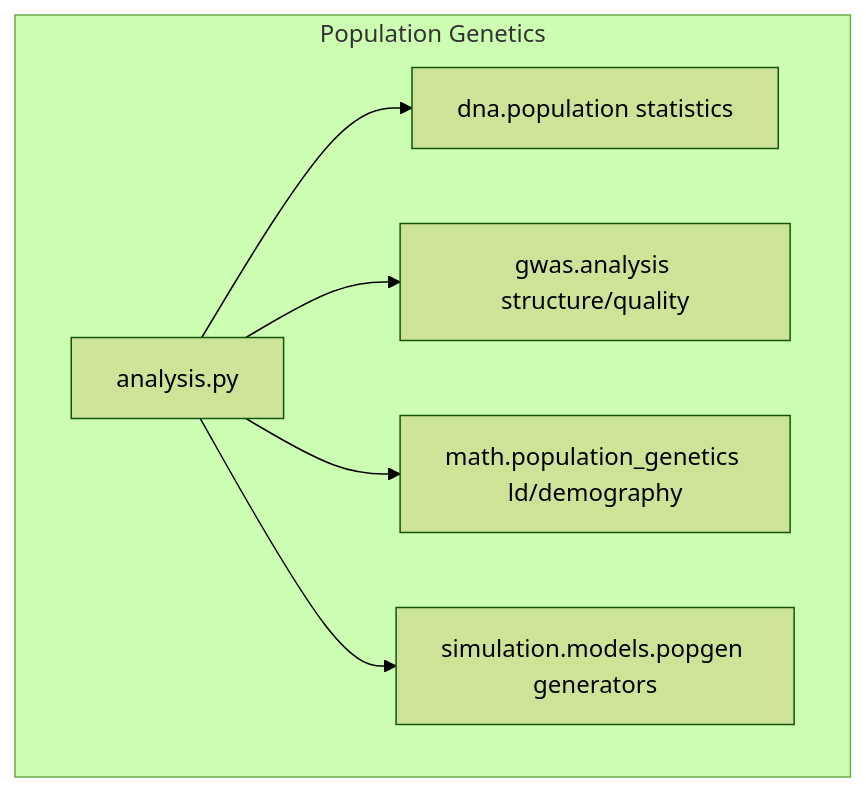
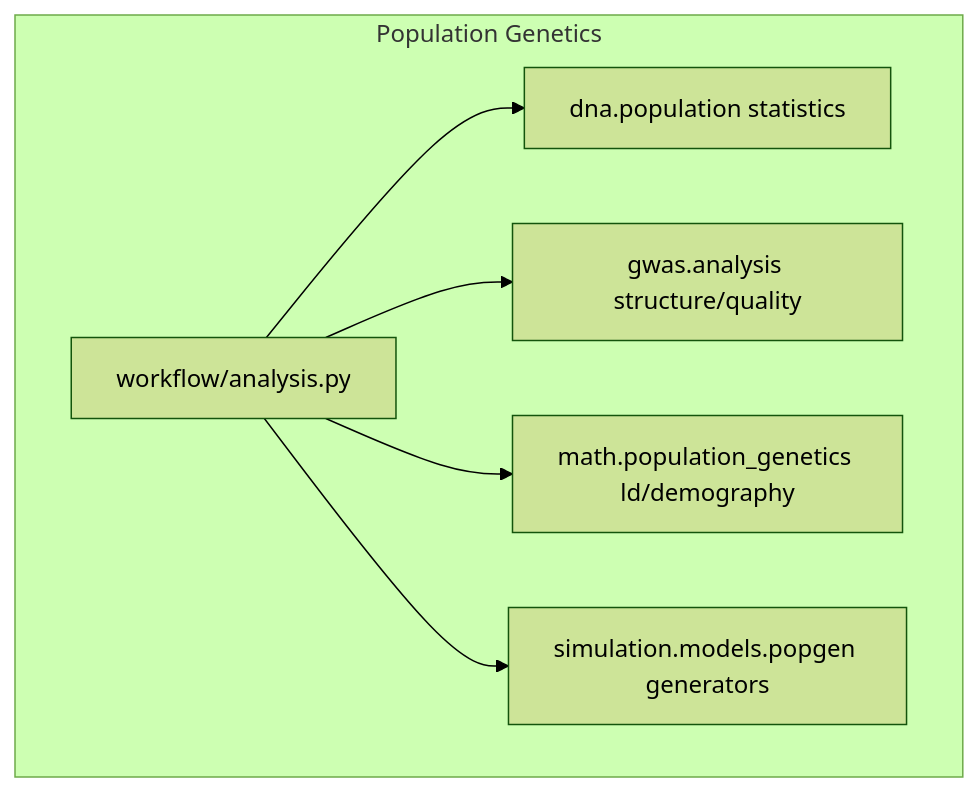
The diagram in src/metainformant/popgen/README.md (docxology/MetaInformAnt), drawn with Mermaid (forest theme) before and after one commit. The commit also changed other lines of this file and 50 other files, not shown here.

````diff
--- a/src/metainformant/popgen/README.md
+++ b/src/metainformant/popgen/README.md
@@ -24,9 +24,9 @@
 ```mermaid
 graph TD
     subgraph "Population Genetics"
-        AN[analysis.py] --> DP[dna.population statistics]
+        AN[workflow/analysis.py] --> DP[dna.population statistics]
         AN --> GS[gwas.analysis structure/quality]
         AN --> LD[math.population_genetics ld/demography]
         AN --> SIM[simulation.models.popgen generators]
     end
 ```
````
